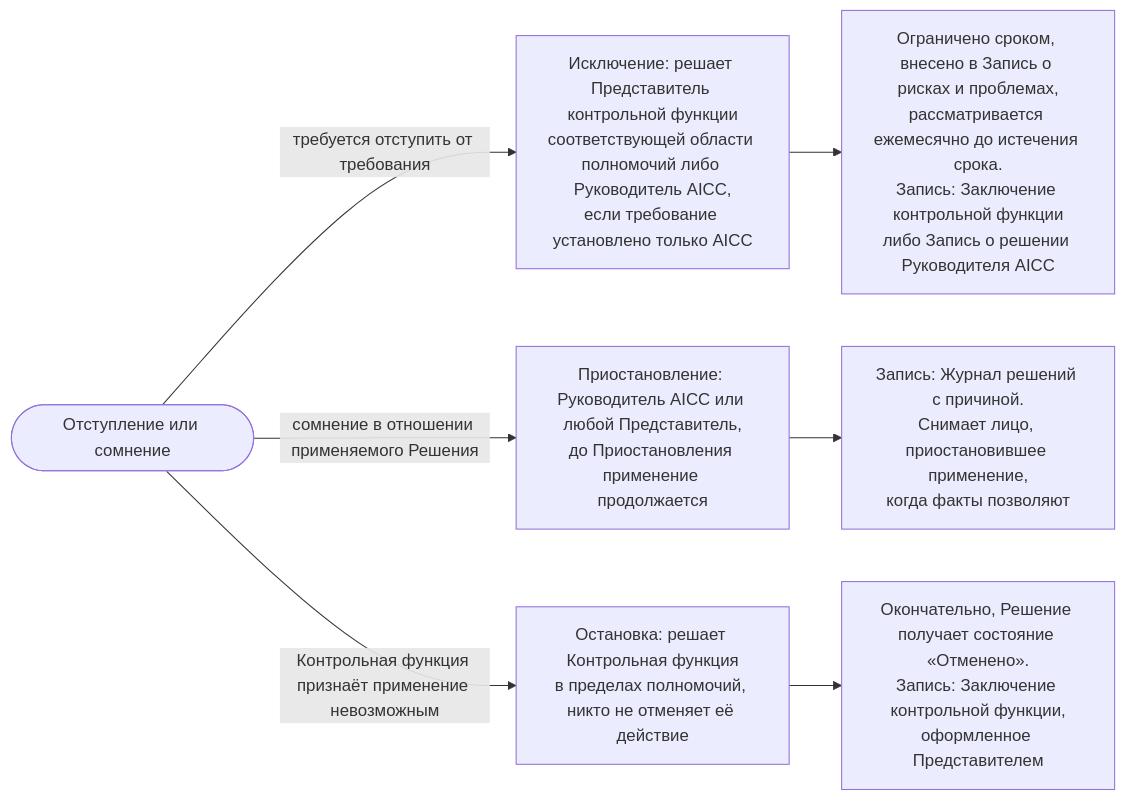
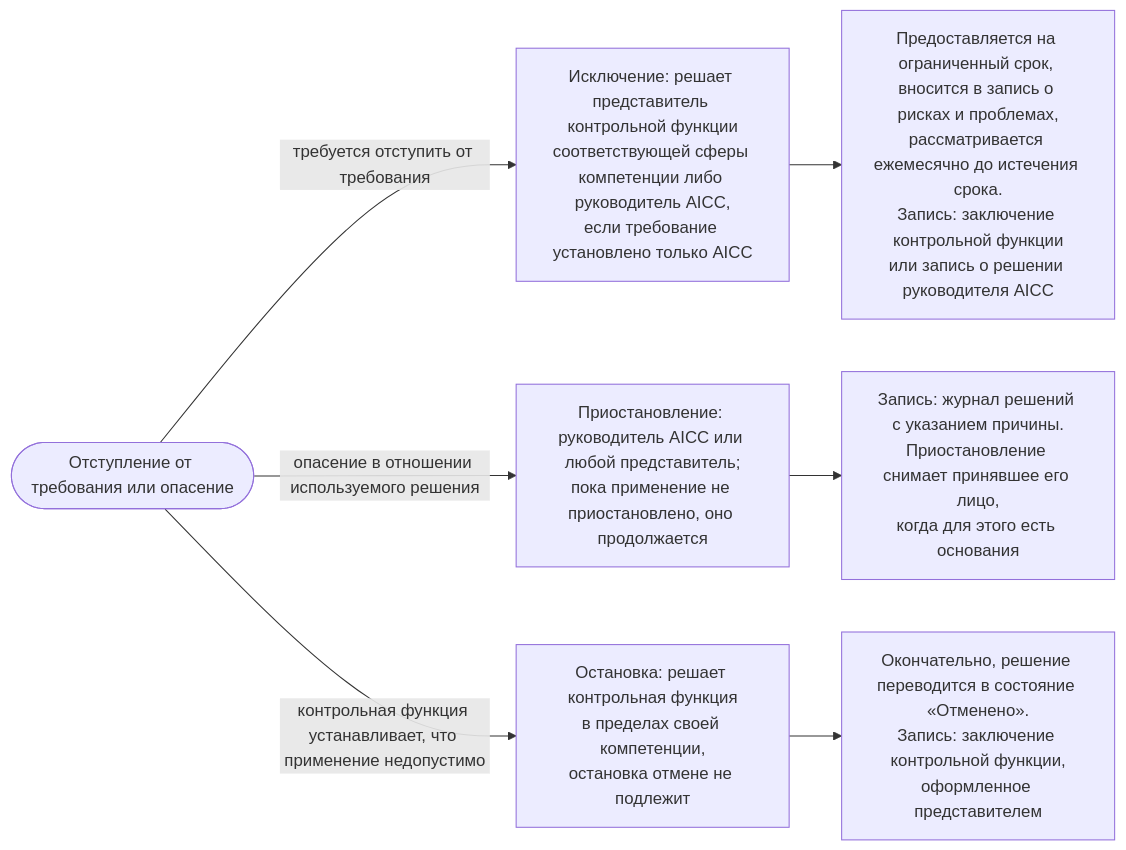
Before and after one commit to devhogu/ob-aicc: the third of 3 diagrams in charter/ru/workflows/ai-risk-control.md, drawn with Mermaid. The commit also changed other lines of this file and 7 other files, not shown here.

````diff
--- a/charter/ru/workflows/ai-risk-control.md
+++ b/charter/ru/workflows/ai-risk-control.md
@@ -95,10 +95,10 @@
 ```mermaid
 flowchart LR
-  EV(["Отступление или сомнение"])
-  EV -->|"требуется отступить от требования"| X1["Исключение: решает Представитель контрольной функции<br/>соответствующей области полномочий либо Руководитель AICC,<br/>если требование установлено только AICC"]
-  X1 --> X2["Ограничено сроком, внесено в Запись о рисках и проблемах,<br/>рассматривается ежемесячно до истечения срока.<br/>Запись: Заключение контрольной функции<br/>либо Запись о решении Руководителя AICC"]
-  EV -->|"сомнение в отношении применяемого Решения"| S1["Приостановление: Руководитель AICC или любой Представитель,<br/>до Приостановления применение продолжается"]
-  S1 --> S2["Запись: Журнал решений с причиной.<br/>Снимает лицо, приостановившее применение,<br/>когда факты позволяют"]
-  EV -->|"Контрольная функция признаёт применение невозможным"| T1["Остановка: решает Контрольная функция<br/>в пределах полномочий, никто не отменяет её действие"]
-  T1 --> T2["Окончательно, Решение получает состояние «Отменено».<br/>Запись: Заключение контрольной функции,<br/>оформленное Представителем"]
+  EV(["Отступление от требования или опасение"])
+  EV -->|"требуется отступить от требования"| X1["Исключение: решает представитель контрольной функции<br/>соответствующей сферы компетенции либо руководитель AICC,<br/>если требование установлено только AICC"]
+  X1 --> X2["Предоставляется на ограниченный срок, вносится в запись о рисках и проблемах,<br/>рассматривается ежемесячно до истечения срока.<br/>Запись: заключение контрольной функции<br/>или запись о решении руководителя AICC"]
+  EV -->|"опасение в отношении используемого решения"| S1["Приостановление: руководитель AICC или любой представитель;<br/>пока применение не приостановлено, оно продолжается"]
+  S1 --> S2["Запись: журнал решений с указанием причины.<br/>Приостановление снимает принявшее его лицо,<br/>когда для этого есть основания"]
+  EV -->|"контрольная функция устанавливает, что применение недопустимо"| T1["Остановка: решает контрольная функция<br/>в пределах своей компетенции,<br/>остановка отмене не подлежит"]
+  T1 --> T2["Окончательно, решение переводится в состояние «Отменено».<br/>Запись: заключение контрольной функции,<br/>оформленное представителем"]
 ```
````
